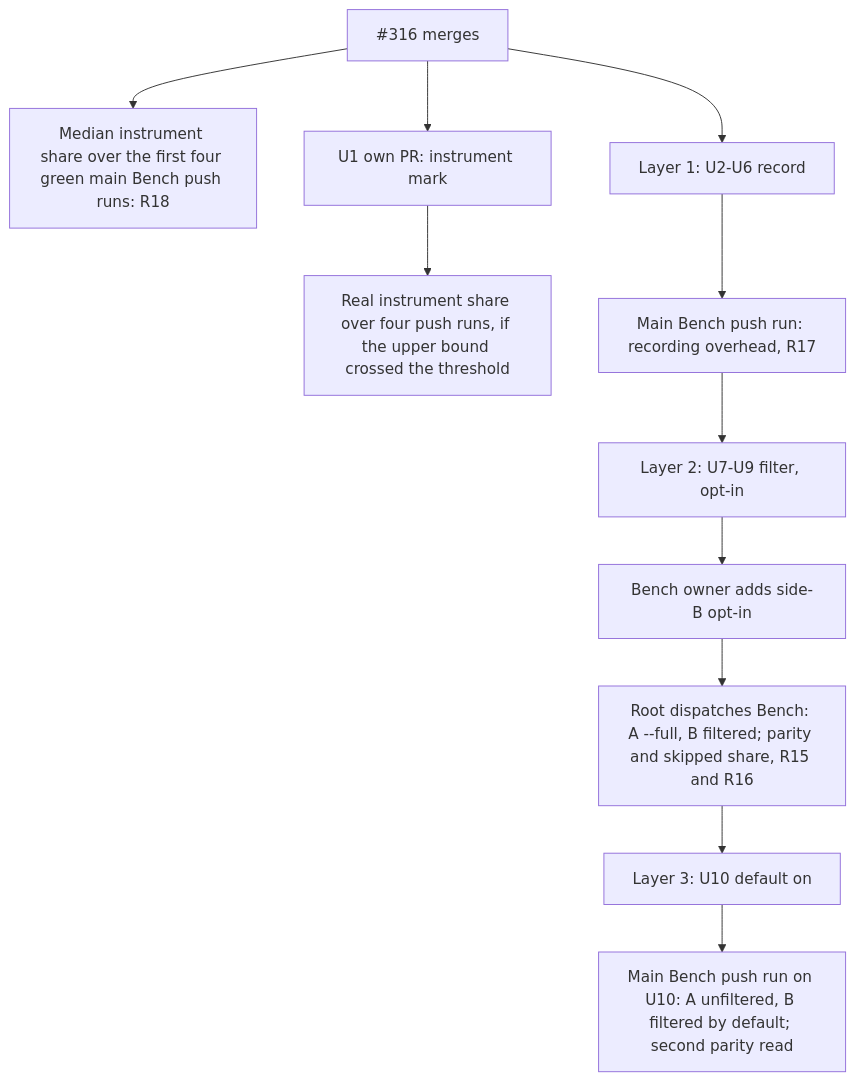
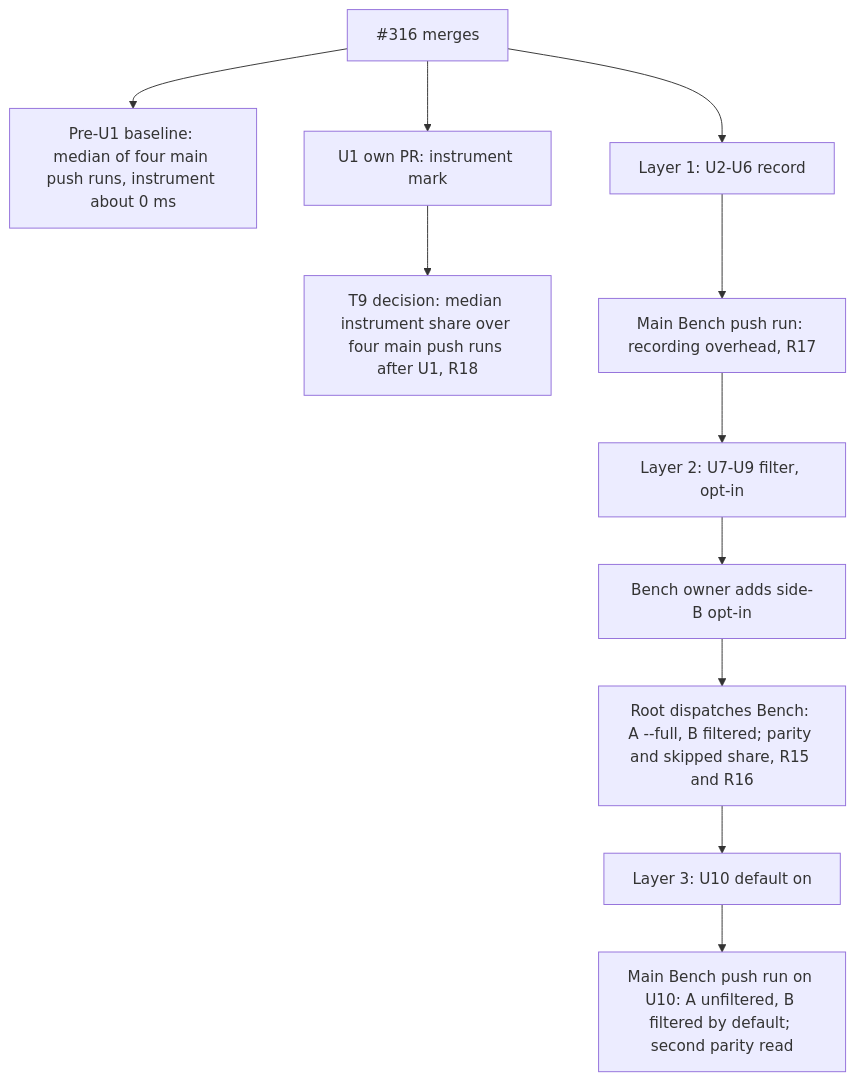
One commit to systemfsoftware/stryker-js-effect changed the third of 3 diagrams in docs/plans/2026-10-13-1536-perf-infection-filtered-execution-plan.md. Above: the diagram before and after it, drawn with Mermaid. The commit also changed other lines of this file, not shown here.

First line of the commit message:
docs(plans): record the pre-U1 Bench baseline for T10

````diff
--- a/docs/plans/2026-10-13-1536-perf-infection-filtered-execution-plan.md
+++ b/docs/plans/2026-10-13-1536-perf-infection-filtered-execution-plan.md
@@ -229,13 +229,13 @@
 ```mermaid
 flowchart TB
-  M316[#316 merges] --> T9[Median instrument share over the first four green main Bench push runs: R18]
+  M316[#316 merges] --> T9[Pre-U1 baseline: median of four main push runs, instrument about 0 ms]
   M316 --> U1[U1 own PR: instrument mark]
-  U1 --> T9b[Real instrument share over four push runs, if the upper bound crossed the threshold]
+  U1 --> T9b[T9 decision: median instrument share over four main push runs after U1, R18]
   M316 --> L1[Layer 1: U2-U6 record]
   L1 --> B1[Main Bench push run: recording overhead, R17]
   B1 --> L2[Layer 2: U7-U9 filter, opt-in]
   L2 --> OWN[Bench owner adds side-B opt-in]
   OWN --> B2[Root dispatches Bench: A --full, B filtered; parity and skipped share, R15 and R16]
   B2 --> L3[Layer 3: U10 default on]
   L3 --> B3[Main Bench push run on U10: A unfiltered, B filtered by default; second parity read]
 ```
````
